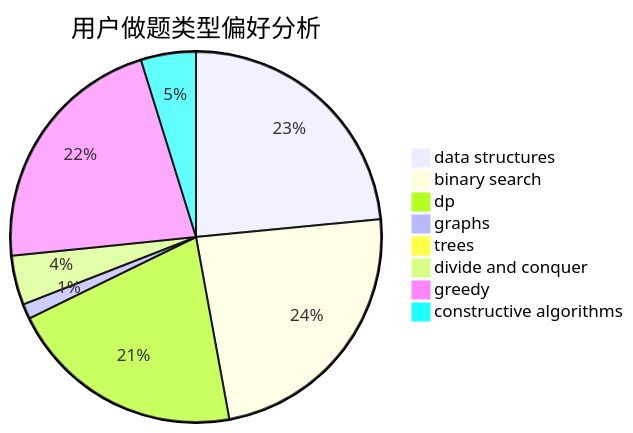
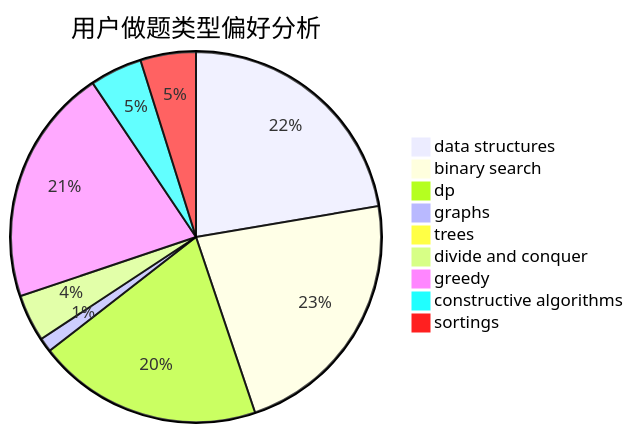
One commit to sherpahu/cfrs.github.io changed the second of 3 diagrams in docs/user/u1552.md. Above: the diagram before and after it, drawn with Mermaid. The commit also changed other lines of this file and 2769 other files, not shown here.

````diff
--- a/docs/user/u1552.md
+++ b/docs/user/u1552.md
@@ -23,11 +18,12 @@
 ```mermaid
 pie title 用户做题类型偏好分析
     "data structures" :  484
     "binary search" :  488
     "dp" :  426
     "graphs" :  27
     "trees" :  0
     "divide and conquer" :  89
     "greedy" :  450
     "constructive algorithms" :  99
+    "sortings" :  105
 ```
````
